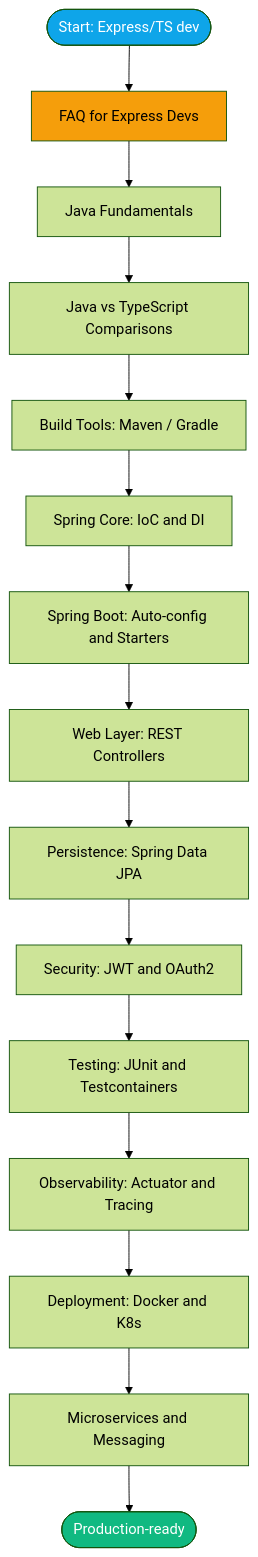
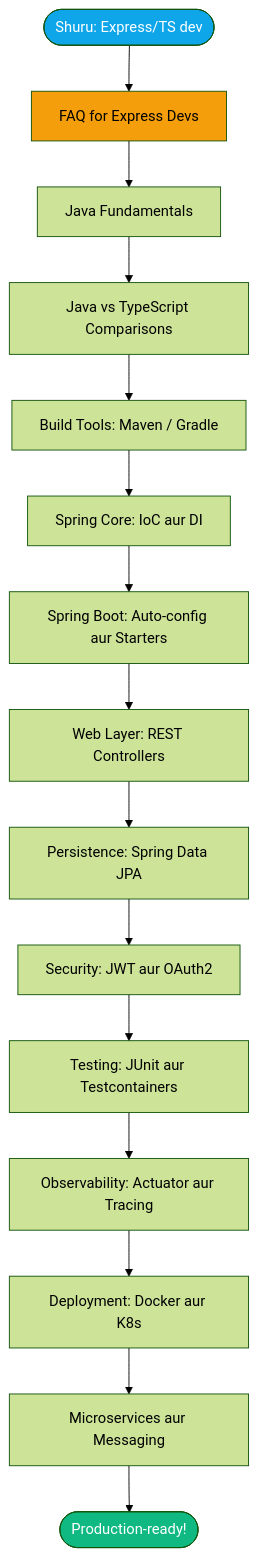
One commit to Siddesh-Pansare93/dev-notes changed the diagram in springboot/00-Start-Here/00-README.md. Above: the diagram before and after it, drawn with Mermaid (forest theme). The commit also changed other lines of this file and 248 other files, not shown here.

````diff
--- a/springboot/00-Start-Here/00-README.md
+++ b/springboot/00-Start-Here/00-README.md
@@ -50,21 +90,21 @@
 ```mermaid
 flowchart TD
-    Start([Start: Express/TS dev]) --> FAQ[FAQ for Express Devs]
+    Start([Shuru: Express/TS dev]) --> FAQ[FAQ for Express Devs]
     FAQ --> Fund[Java Fundamentals]
     Fund --> VSTS[Java vs TypeScript Comparisons]
     VSTS --> Build[Build Tools: Maven / Gradle]
-    Build --> Core[Spring Core: IoC and DI]
-    Core --> Boot[Spring Boot: Auto-config and Starters]
+    Build --> Core[Spring Core: IoC aur DI]
+    Core --> Boot[Spring Boot: Auto-config aur Starters]
     Boot --> Web[Web Layer: REST Controllers]
     Web --> Data[Persistence: Spring Data JPA]
-    Data --> Sec[Security: JWT and OAuth2]
-    Sec --> Test[Testing: JUnit and Testcontainers]
-    Test --> Obs[Observability: Actuator and Tracing]
-    Obs --> Deploy[Deployment: Docker and K8s]
-    Deploy --> Micro[Microservices and Messaging]
-    Micro --> Done([Production-ready])
+    Data --> Sec[Security: JWT aur OAuth2]
+    Sec --> Test[Testing: JUnit aur Testcontainers]
+    Test --> Obs[Observability: Actuator aur Tracing]
+    Obs --> Deploy[Deployment: Docker aur K8s]
+    Deploy --> Micro[Microservices aur Messaging]
+    Micro --> Done([Production-ready!])
 
     style Start fill:#0ea5e9,color:#fff
     style Done fill:#10b981,color:#fff
     style FAQ fill:#f59e0b,color:#000
 ```
````
